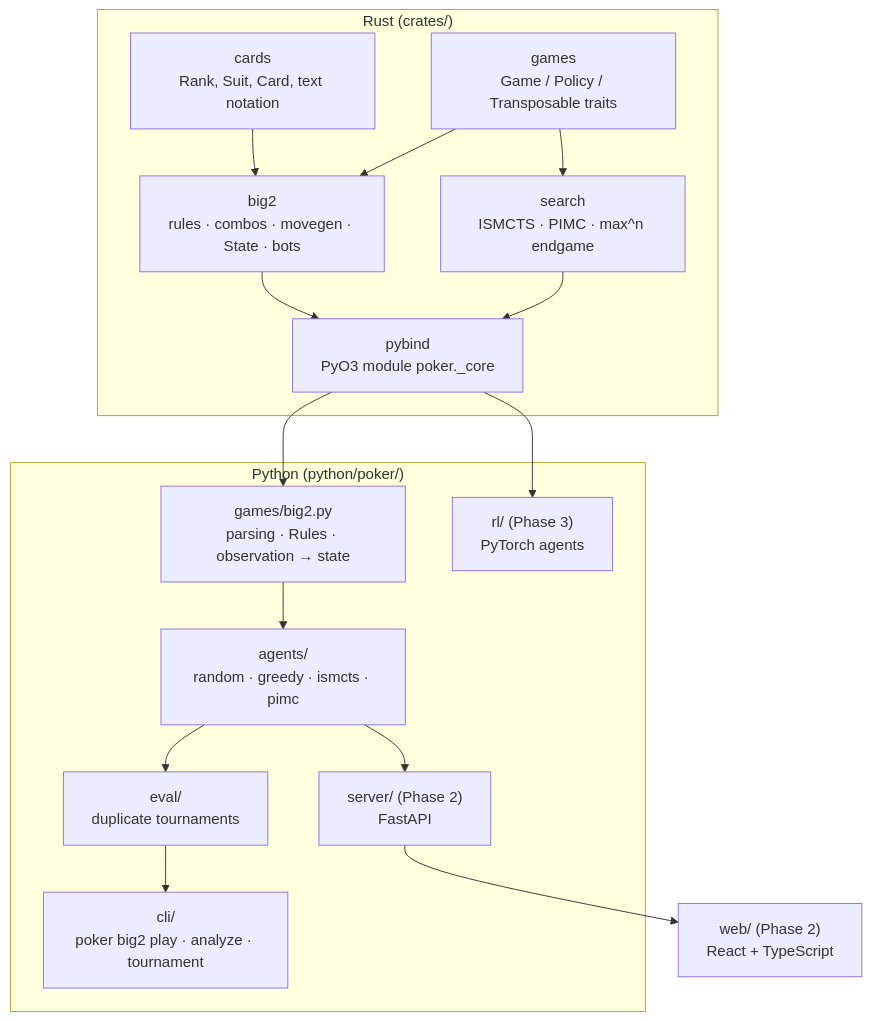
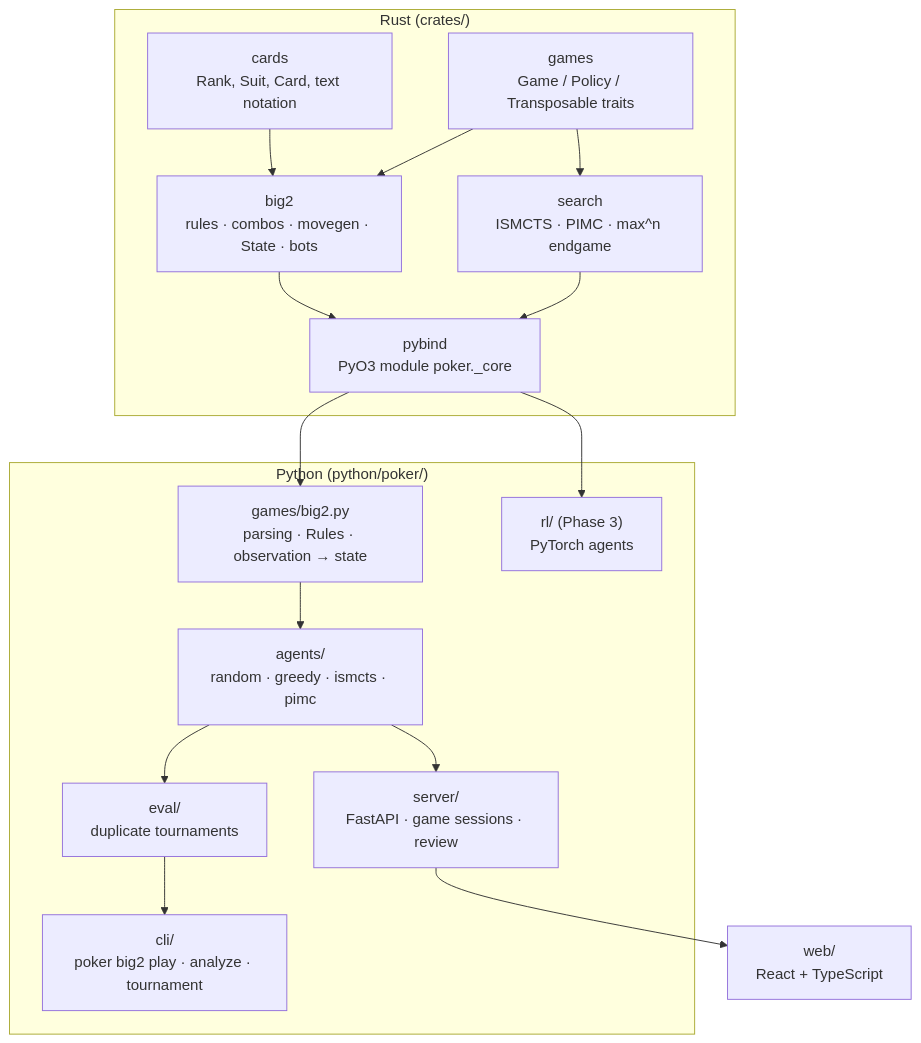
One commit to bpy13/big2 changed the diagram in docs/architecture.md. Above: the diagram before and after it, drawn with Mermaid. The commit also changed 38 other files, not shown here.

First line of the commit message:
Add web UI with study mode (Phase 2)

````diff
--- a/docs/architecture.md
+++ b/docs/architecture.md
@@ -3,27 +3,27 @@
 ```mermaid
 flowchart TB
     subgraph rust["Rust (crates/)"]
         cards["cards<br/>Rank, Suit, Card, text notation"]
         games["games<br/>Game / Policy / Transposable traits"]
         big2["big2<br/>rules · combos · movegen · State · bots"]
         search["search<br/>ISMCTS · PIMC · max^n endgame"]
         pybind["pybind<br/>PyO3 module poker._core"]
         cards --> big2
         games --> big2
         games --> search
         big2 --> pybind
         search --> pybind
     end
     subgraph py["Python (python/poker/)"]
         helpers["games/big2.py<br/>parsing · Rules · observation → state"]
         agents["agents/<br/>random · greedy · ismcts · pimc"]
         evalm["eval/<br/>duplicate tournaments"]
         cli["cli/<br/>poker big2 play · analyze · tournament"]
-        server["server/ (Phase 2)<br/>FastAPI"]
+        server["server/<br/>FastAPI · game sessions · review"]
         rl["rl/ (Phase 3)<br/>PyTorch agents"]
     end
-    web["web/ (Phase 2)<br/>React + TypeScript"]
+    web["web/<br/>React + TypeScript"]
     pybind --> helpers --> agents --> evalm --> cli
     agents --> server --> web
     pybind --> rl
 ```
````
